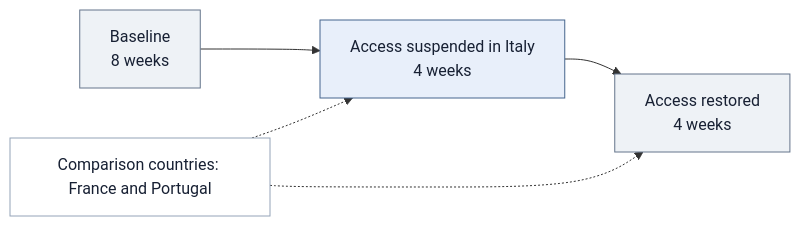
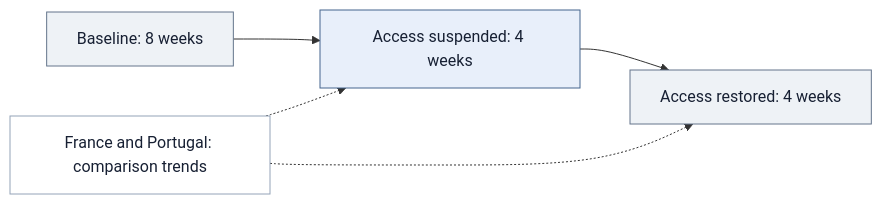
One commit to SardarBonabi/developer-productivity-causal-inference changed the diagram in README.md. Above: the diagram before and after it, drawn with Mermaid. The commit also changed other lines of this file, not shown here.

````diff
--- a/README.md
+++ b/README.md
@@ -79,10 +63,10 @@
 ```mermaid
 flowchart LR
-    A["Baseline<br/>8 weeks"] --> B["Access suspended in Italy<br/>4 weeks"] --> C["Access restored<br/>4 weeks"]
-    D["Comparison countries: France and Portugal"] -.-> B
+    A["Baseline: 8 weeks"] --> B["Access suspended: 4 weeks"] --> C["Access restored: 4 weeks"]
+    D["France and Portugal: comparison trends"] -.-> B
     D -.-> C
     style A fill:#eef2f6,stroke:#64748b,color:#172033
     style B fill:#e8effa,stroke:#45658d,color:#172033
     style C fill:#eef2f6,stroke:#64748b,color:#172033
     style D fill:#ffffff,stroke:#94a3b8,color:#172033
 ```
````
